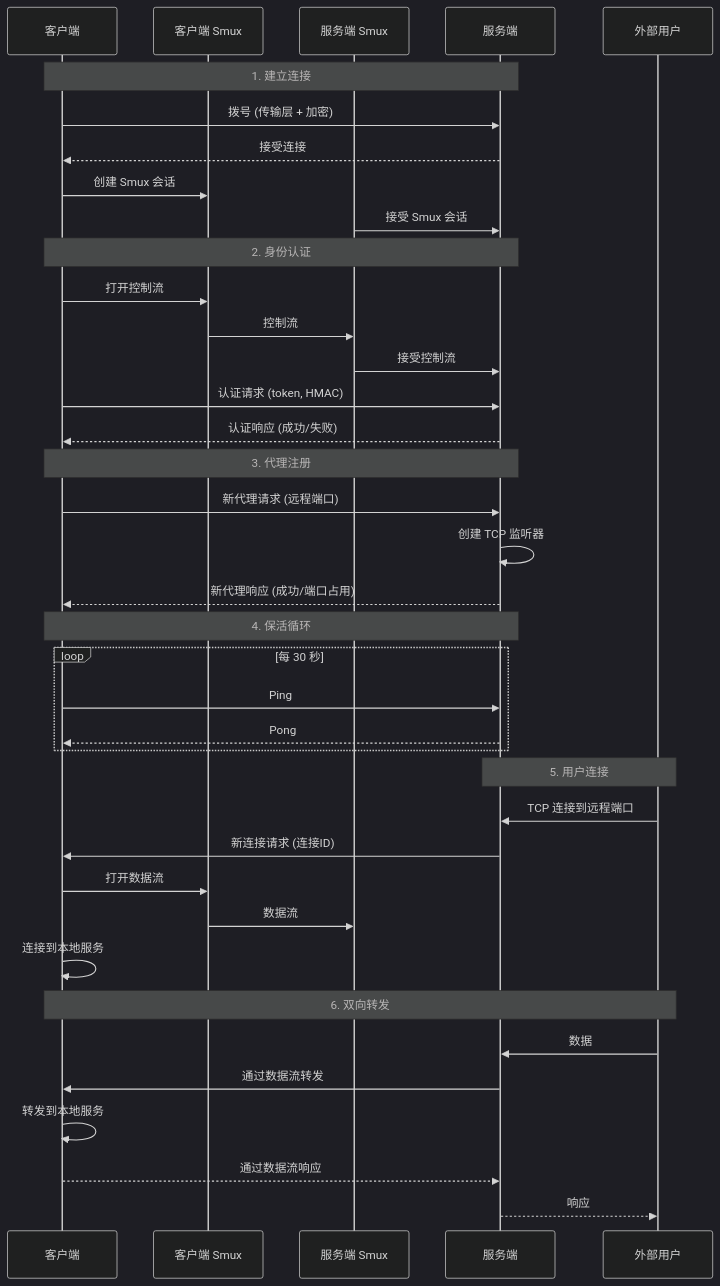
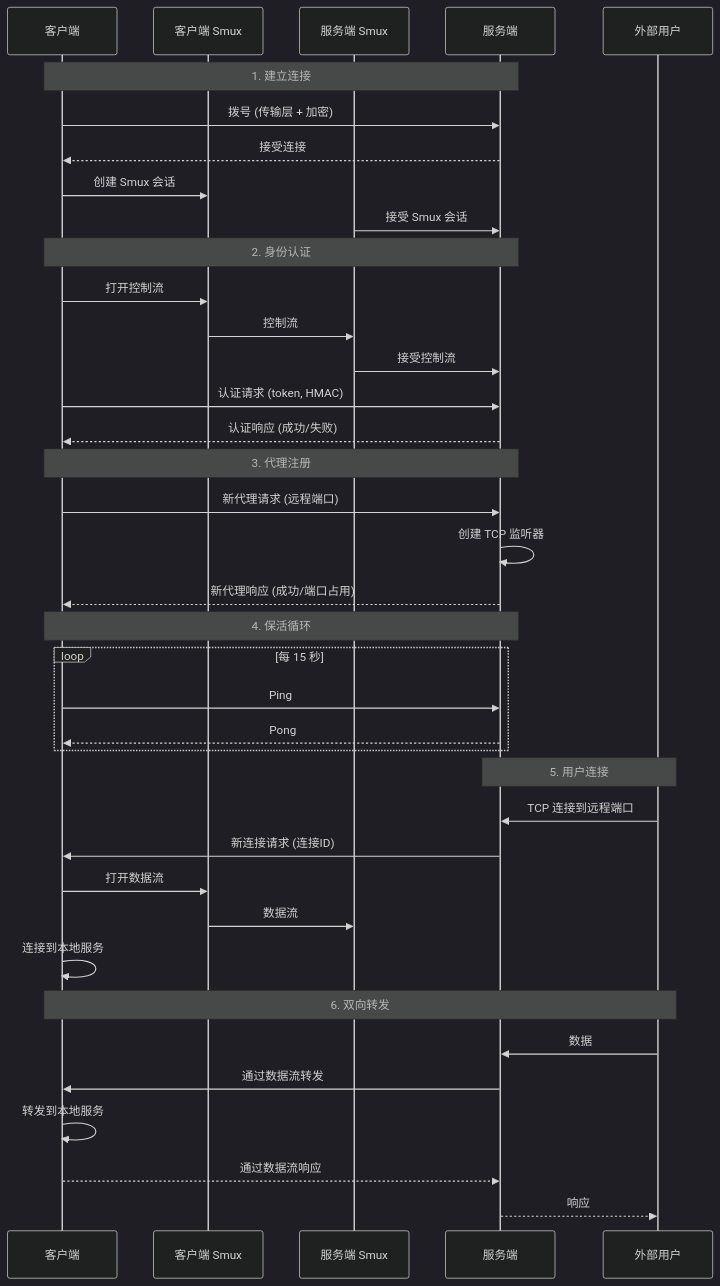
The second of 3 diagrams in README.md (Aliothmoon/qrtp), drawn with Mermaid (dark theme) before and after one commit. The commit also changed other lines of this file, not shown here.

````diff
--- a/README.md
+++ b/README.md
@@ -89,46 +88,46 @@
 ```mermaid
 sequenceDiagram
     participant Client as 客户端
     participant ClientMux as 客户端 Smux
     participant ServerMux as 服务端 Smux
     participant Server as 服务端
     participant User as 外部用户
 
     Note over Client,Server: 1. 建立连接
     Client->>Server: 拨号 (传输层 + 加密)
     Server-->>Client: 接受连接
     Client->>ClientMux: 创建 Smux 会话
     ServerMux->>Server: 接受 Smux 会话
 
     Note over Client,Server: 2. 身份认证
     Client->>ClientMux: 打开控制流
     ClientMux->>ServerMux: 控制流
     ServerMux->>Server: 接受控制流
     Client->>Server: 认证请求 (token, HMAC)
     Server-->>Client: 认证响应 (成功/失败)
 
     Note over Client,Server: 3. 代理注册
     Client->>Server: 新代理请求 (远程端口)
     Server->>Server: 创建 TCP 监听器
     Server-->>Client: 新代理响应 (成功/端口占用)
 
     Note over Client,Server: 4. 保活循环
-    loop 每 30 秒
+    loop 每 15 秒
         Client->>Server: Ping
         Server-->>Client: Pong
     end
 
     Note over User,Server: 5. 用户连接
     User->>Server: TCP 连接到远程端口
     Server->>Client: 新连接请求 (连接ID)
     Client->>ClientMux: 打开数据流
     ClientMux->>ServerMux: 数据流
     Client->>Client: 连接到本地服务
 
     Note over User,Client: 6. 双向转发
     User->>Server: 数据
     Server->>Client: 通过数据流转发
     Client->>Client: 转发到本地服务
     Client-->>Server: 通过数据流响应
     Server-->>User: 响应
 ```
````
